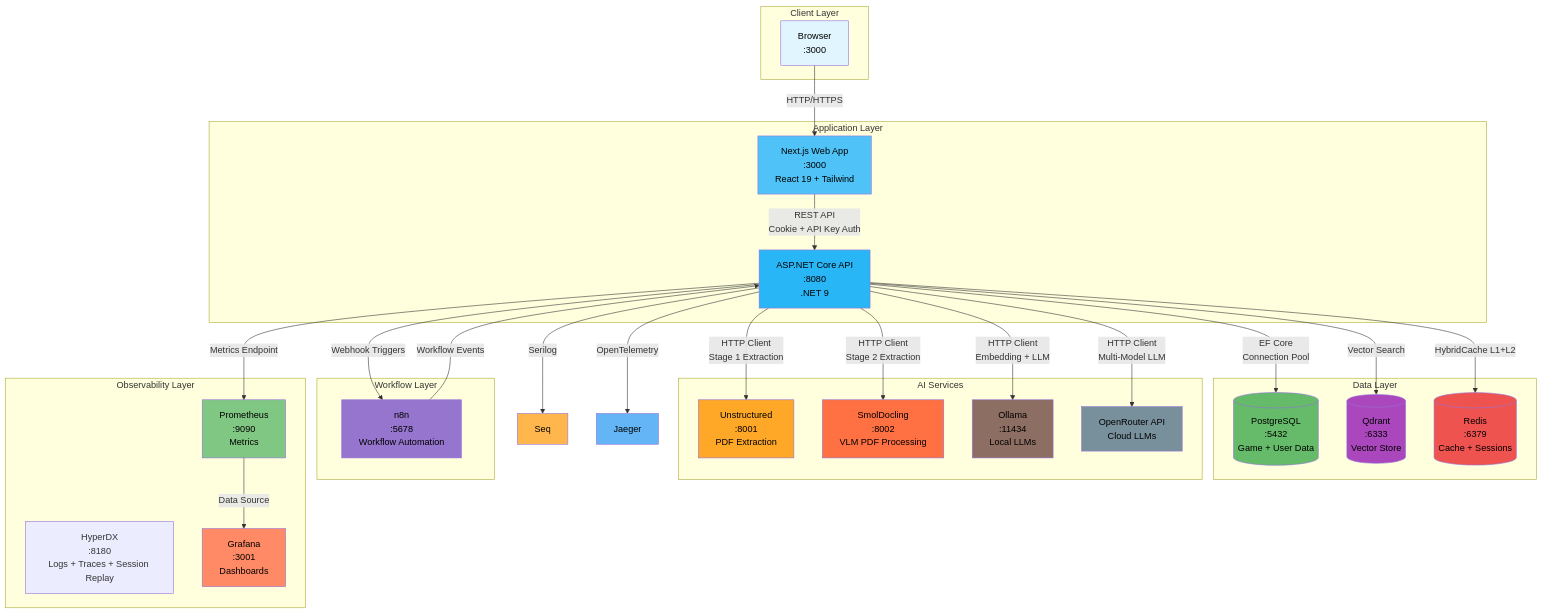
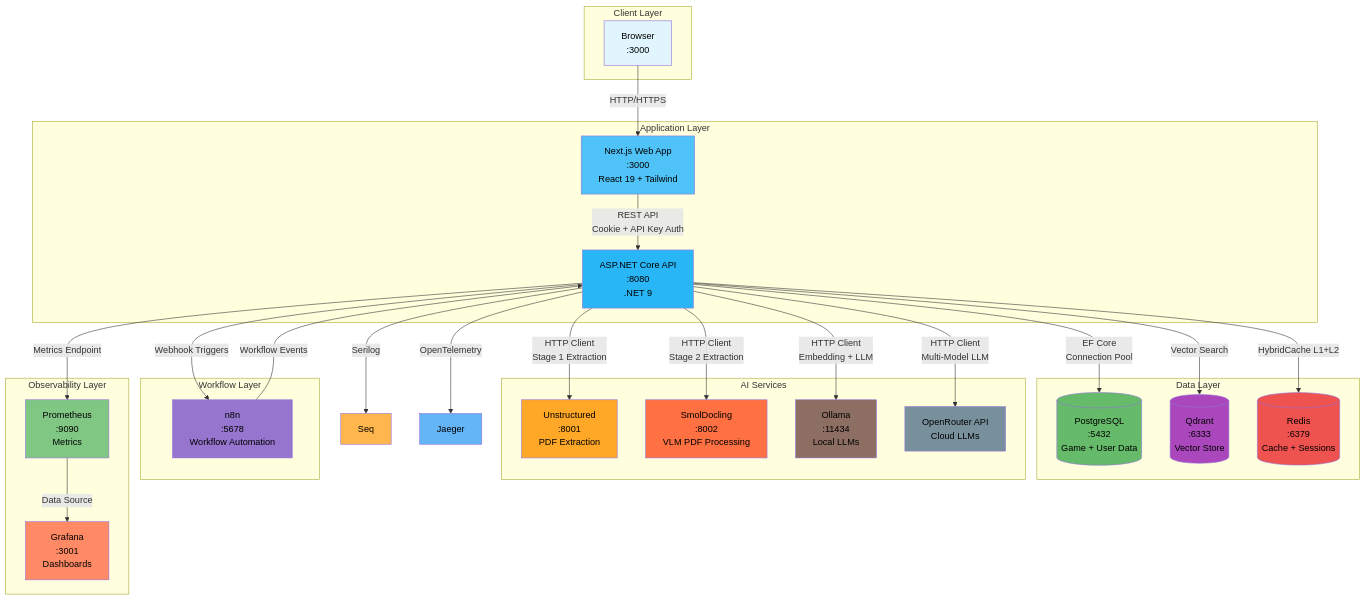
One commit to meepleAi-app/meepleai-monorepo changed the first of 2 diagrams in docs/architecture/diagrams/infrastructure-overview.md. Above: the diagram before and after it, drawn with Mermaid. The commit also changed 22 other files, not shown here.

First line of the commit message:
docs: remove HyperDX references from deployment and architecture docs

````diff
--- a/docs/architecture/diagrams/infrastructure-overview.md
+++ b/docs/architecture/diagrams/infrastructure-overview.md
@@ -5,70 +5,69 @@
 ```mermaid
 graph TB
     subgraph "Client Layer"
         Browser[Browser<br/>:3000]
     end
 
     subgraph "Application Layer"
         Web[Next.js Web App<br/>:3000<br/>React 19 + Tailwind]
         API[ASP.NET Core API<br/>:8080<br/>.NET 9]
     end
 
     subgraph "Data Layer"
         PG[(PostgreSQL<br/>:5432<br/>Game + User Data)]
         Qdrant[(Qdrant<br/>:6333<br/>Vector Store)]
         Redis[(Redis<br/>:6379<br/>Cache + Sessions)]
     end
 
     subgraph "AI Services"
         Unstructured[Unstructured<br/>:8001<br/>PDF Extraction]
         SmolDocling[SmolDocling<br/>:8002<br/>VLM PDF Processing]
         Ollama[Ollama<br/>:11434<br/>Local LLMs]
         OpenRouter[OpenRouter API<br/>Cloud LLMs]
     end
 
     subgraph "Workflow Layer"
         N8N[n8n<br/>:5678<br/>Workflow Automation]
     end
 
     subgraph "Observability Layer"
-        HyperDX[HyperDX<br/>:8180<br/>Logs + Traces + Session Replay]
         Prometheus[Prometheus<br/>:9090<br/>Metrics]
         Grafana[Grafana<br/>:3001<br/>Dashboards]
     end
 
     Browser -->|HTTP/HTTPS| Web
     Web -->|REST API<br/>Cookie + API Key Auth| API
 
     API -->|EF Core<br/>Connection Pool| PG
     API -->|Vector Search| Qdrant
     API -->|HybridCache L1+L2| Redis
 
     API -->|HTTP Client<br/>Stage 1 Extraction| Unstructured
     API -->|HTTP Client<br/>Stage 2 Extraction| SmolDocling
     API -->|HTTP Client<br/>Embedding + LLM| Ollama
     API -->|HTTP Client<br/>Multi-Model LLM| OpenRouter
 
     API -->|Webhook Triggers| N8N
     N8N -->|Workflow Events| API
 
     API -->|Serilog| Seq
     API -->|OpenTelemetry| Jaeger
     API -->|Metrics Endpoint| Prometheus
     Prometheus -->|Data Source| Grafana
 
     style Browser fill:#e1f5ff,color:#000
     style Web fill:#4fc3f7,color:#000
     style API fill:#29b6f6,color:#000
     style PG fill:#66bb6a,color:#000
     style Qdrant fill:#ab47bc,color:#000
     style Redis fill:#ef5350,color:#000
     style Unstructured fill:#ffa726,color:#000
     style SmolDocling fill:#ff7043,color:#000
     style Ollama fill:#8d6e63,color:#000
     style OpenRouter fill:#78909c,color:#000
     style N8N fill:#9575cd,color:#000
     style Seq fill:#ffb74d,color:#000
     style Jaeger fill:#64b5f6,color:#000
     style Prometheus fill:#81c784,color:#000
     style Grafana fill:#ff8a65,color:#000
 ```
````
